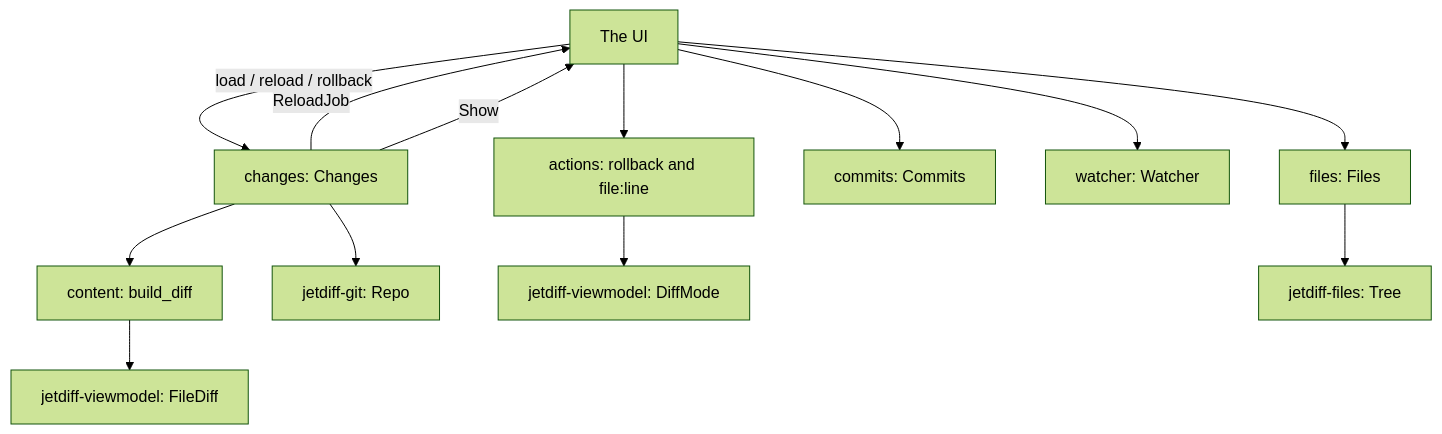
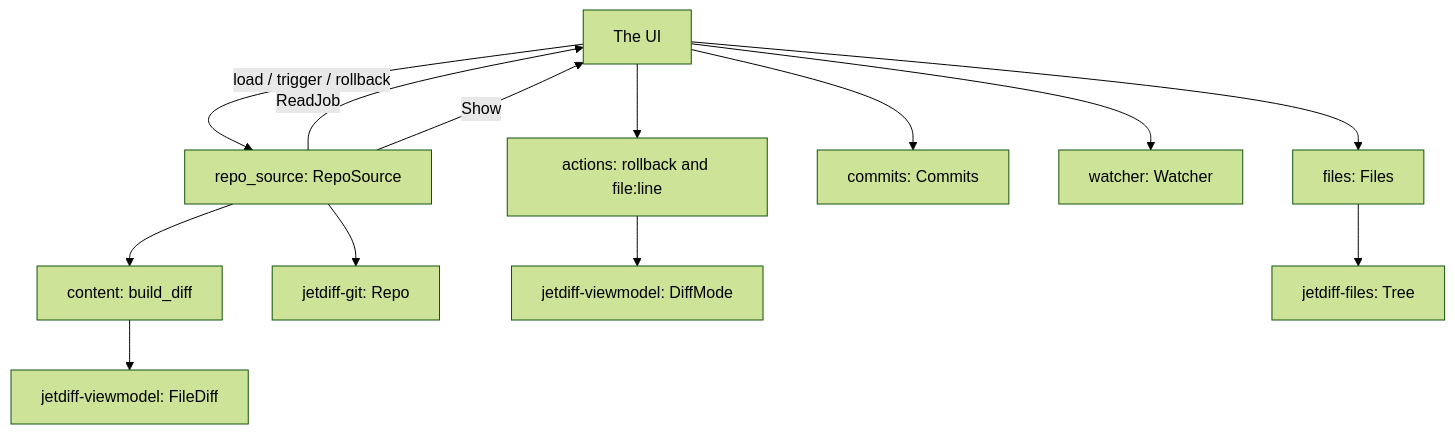
The diagram in crates/jetdiff-app/README.md (akemkers/jetdiff), drawn with Mermaid (forest theme) before and after one commit. The commit also changed other lines of this file and 23 other files, not shown here.

First line of the commit message:
Repo source with an explicit trigger (#32)

````diff
--- a/crates/jetdiff-app/README.md
+++ b/crates/jetdiff-app/README.md
@@ -64,15 +65,15 @@
 ```mermaid
 graph TD
-    ui[The UI] -- load / reload / rollback --> changes[changes: Changes]
-    changes -- ReloadJob --> ui
-    changes -- Show --> ui
-    changes --> content[content: build_diff]
+    ui[The UI] -- load / trigger / rollback --> source[repo_source: RepoSource]
+    source -- ReadJob --> ui
+    source -- Show --> ui
+    source --> content[content: build_diff]
     content --> view[jetdiff-viewmodel: FileDiff]
-    changes --> git[jetdiff-git: Repo]
+    source --> git[jetdiff-git: Repo]
     ui --> files[files: Files]
     ui --> commits[commits: Commits]
     ui --> watcher[watcher: Watcher]
     ui --> actions[actions: rollback and file:line]
     actions --> mode[jetdiff-viewmodel: DiffMode]
     files --> tree[jetdiff-files: Tree]
 ```
````
